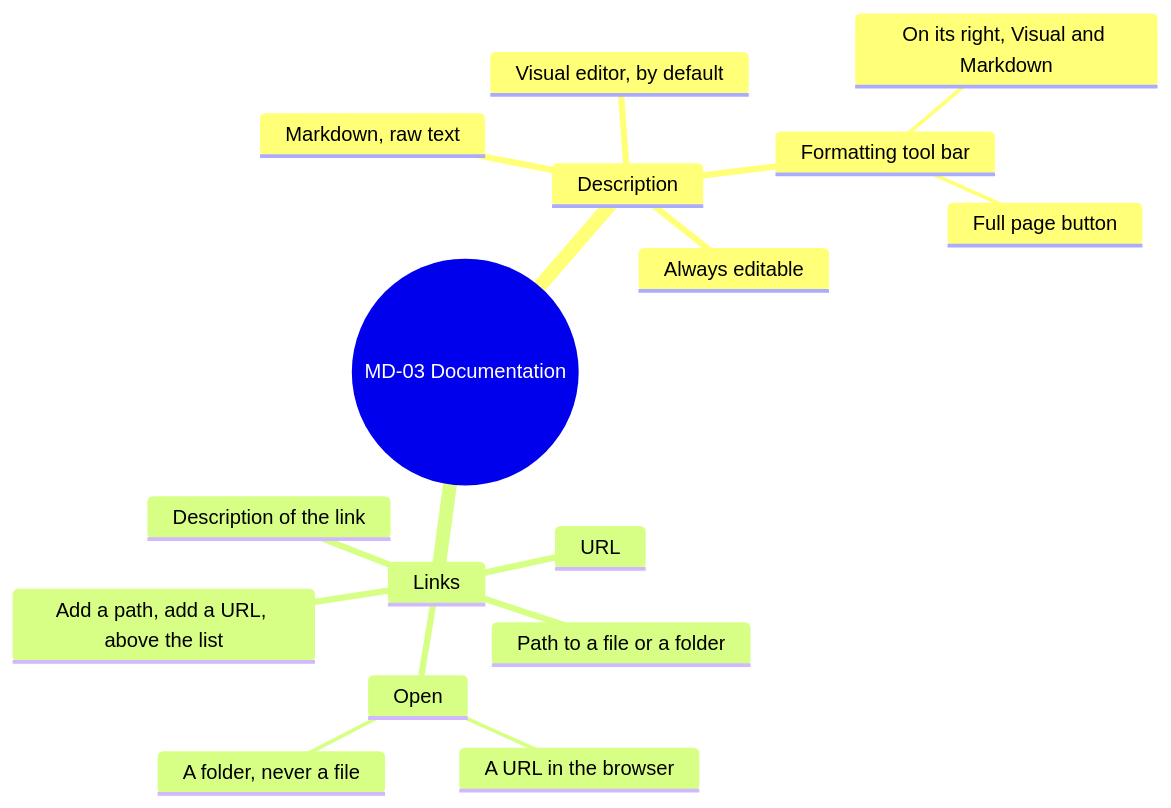
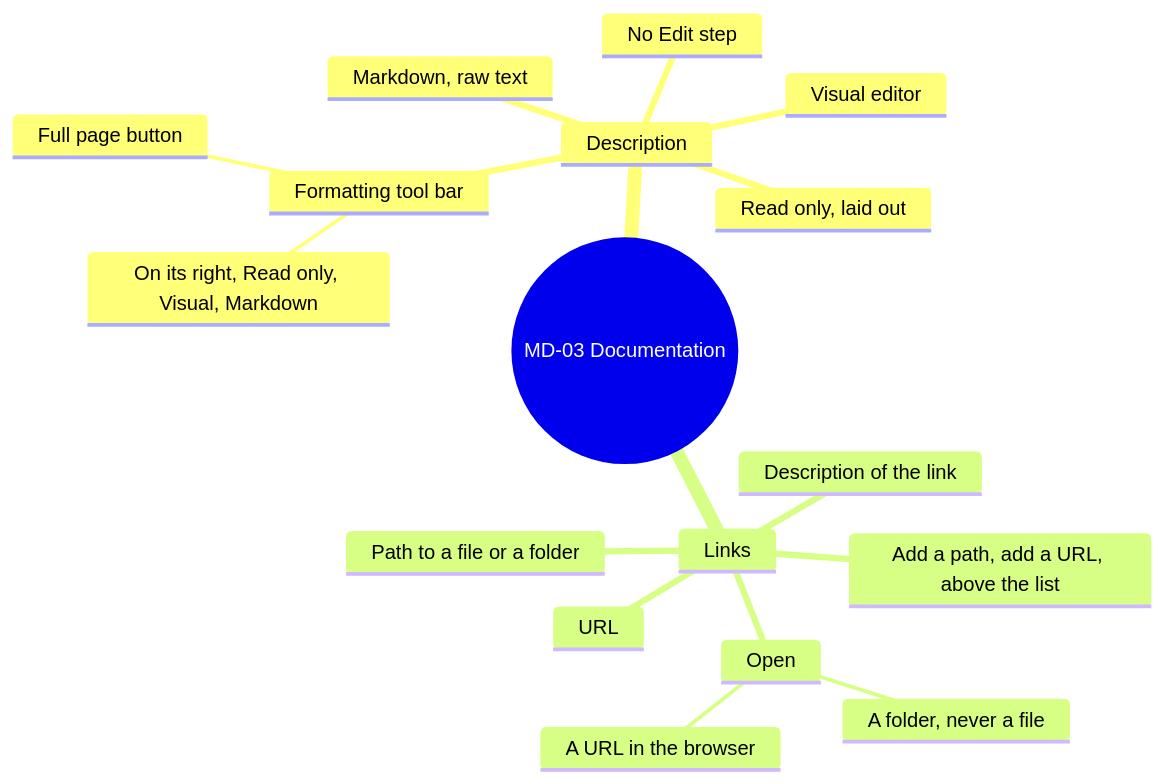
Before and after one commit to AlexandreGallais/synoptic-studio-spec: the fourth of 14 diagrams in screens/metadata.md, drawn with Mermaid. The commit also changed other lines of this file and 11 other files, not shown here.

````diff
--- a/screens/metadata.md
+++ b/screens/metadata.md
@@ -108,19 +107,20 @@
 ```mermaid
 mindmap
   root((MD-03 Documentation))
     Description
-      Always editable
+      No Edit step
       Formatting tool bar
-        On its right, Visual and Markdown
+        On its right, Read only, Visual, Markdown
         Full page button
-      Visual editor, by default
+      Read only, laid out
+      Visual editor
       Markdown, raw text
     Links
       Add a path, add a URL, above the list
       Path to a file or a folder
       URL
       Description of the link
       Open
         A folder, never a file
         A URL in the browser
 ```
````
